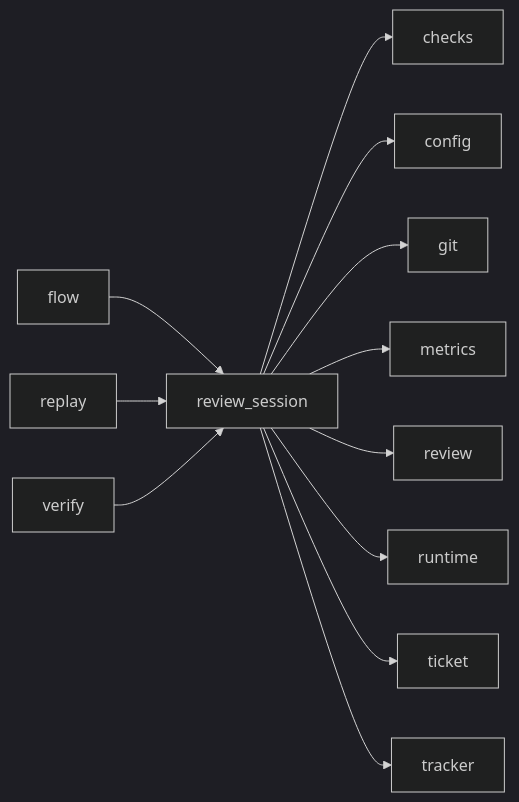
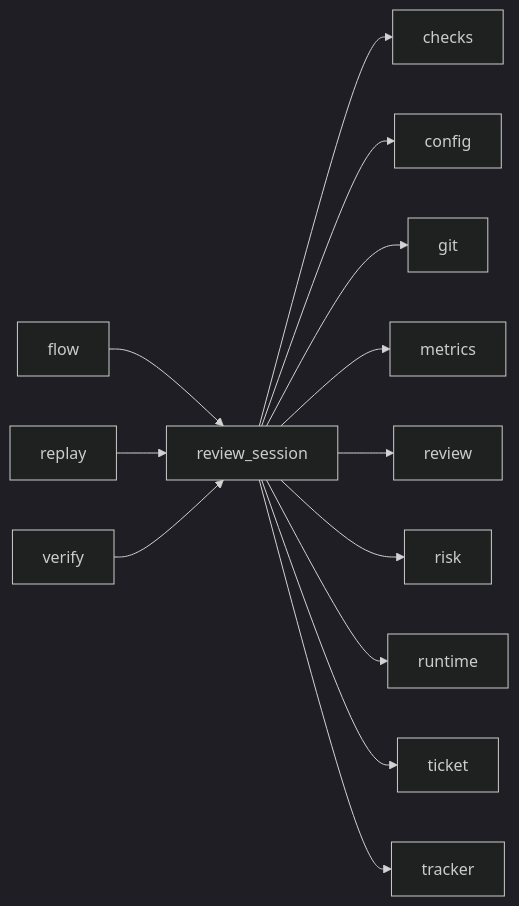
One commit to plaplanche/ariane changed the third of 3 diagrams in docs/architecture/modules/review_session.md. Above: the diagram before and after it, drawn with Mermaid (dark theme). The commit also changed other lines of this file and 29 other files, not shown here.

````diff
--- a/docs/architecture/modules/review_session.md
+++ b/docs/architecture/modules/review_session.md
@@ -83,14 +84,15 @@
 ```mermaid
 flowchart LR
   flow --> review_session
   replay --> review_session
   review_session --> checks
   review_session --> config
   review_session --> git
   review_session --> metrics
   review_session --> review
+  review_session --> risk
   review_session --> runtime
   review_session --> ticket
   review_session --> tracker
   verify --> review_session
 ```
````
